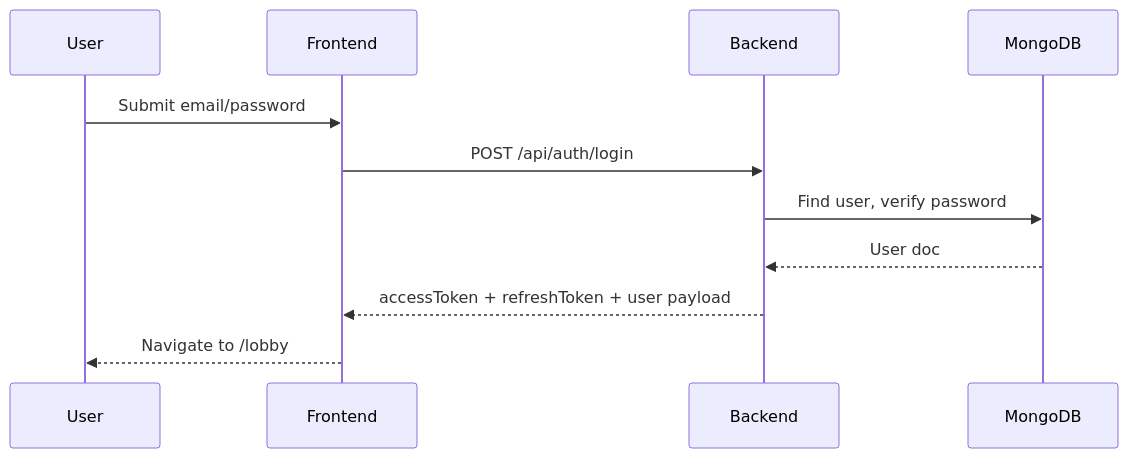
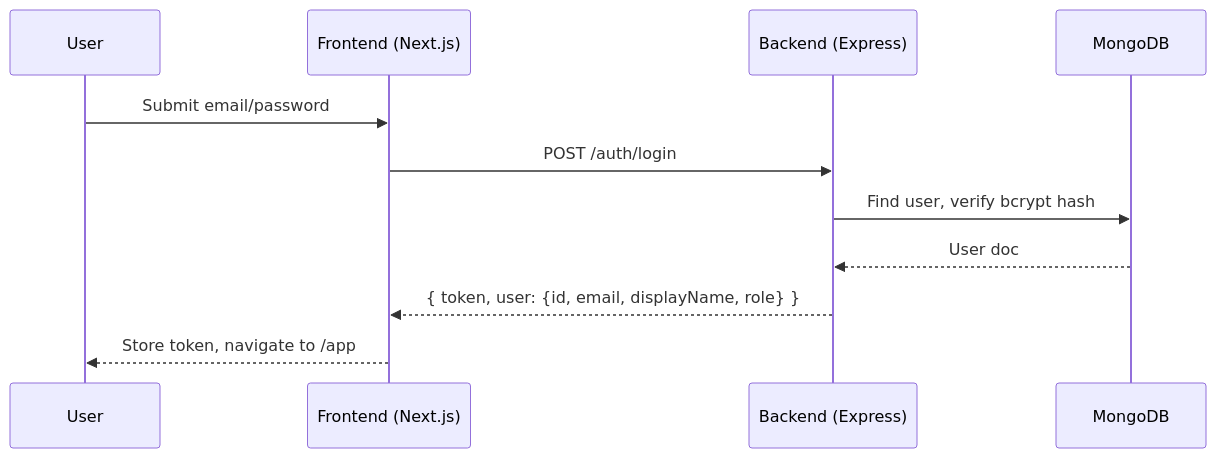
The third of 7 diagrams in doc/SRS.md (BanhVanTranPhat/gather3.0), drawn with Mermaid before and after one commit. The commit also changed other lines of this file and 590 other files, not shown here.

````diff
--- a/doc/SRS.md
+++ b/doc/SRS.md
@@ -266,14 +308,14 @@
 ```mermaid
 sequenceDiagram
   participant U as User
-  participant FE as Frontend
-  participant BE as Backend
+  participant FE as Frontend (Next.js)
+  participant BE as Backend (Express)
   participant DB as MongoDB
 
   U->>FE: Submit email/password
-  FE->>BE: POST /api/auth/login
-  BE->>DB: Find user, verify password
+  FE->>BE: POST /auth/login
+  BE->>DB: Find user, verify bcrypt hash
   DB-->>BE: User doc
-  BE-->>FE: accessToken + refreshToken + user payload
-  FE-->>U: Navigate to /lobby
+  BE-->>FE: { token, user: {id, email, displayName, role} }
+  FE-->>U: Store token, navigate to /app
 ```
````
